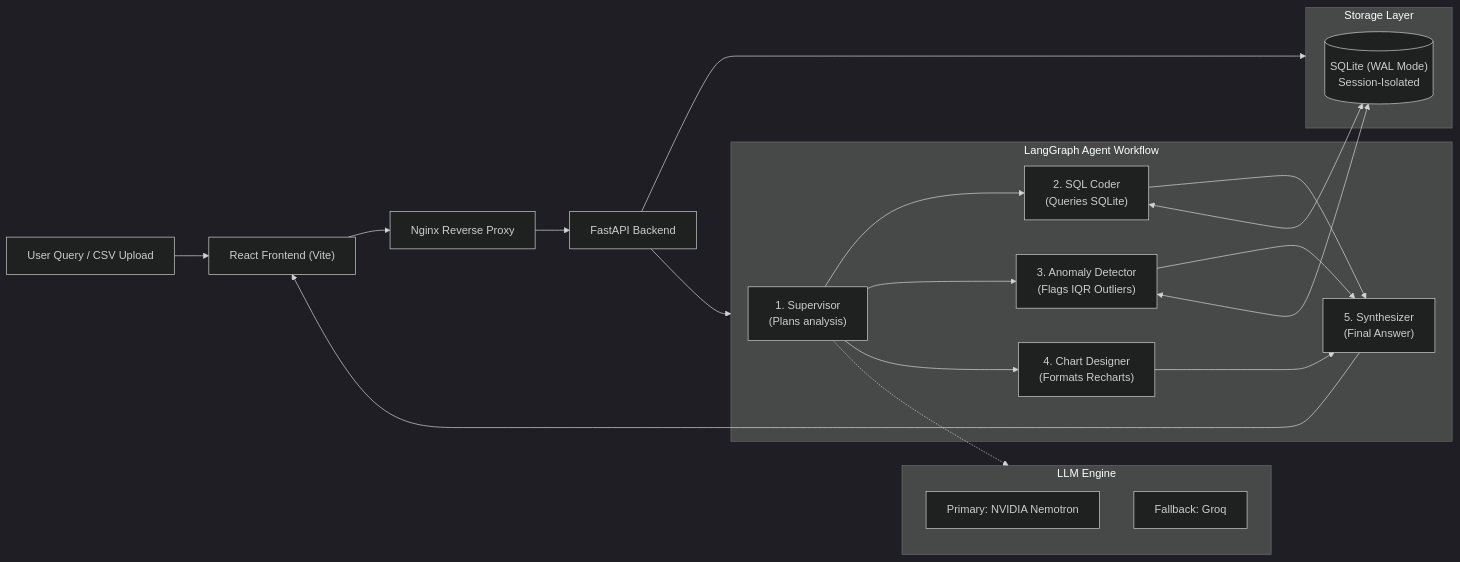
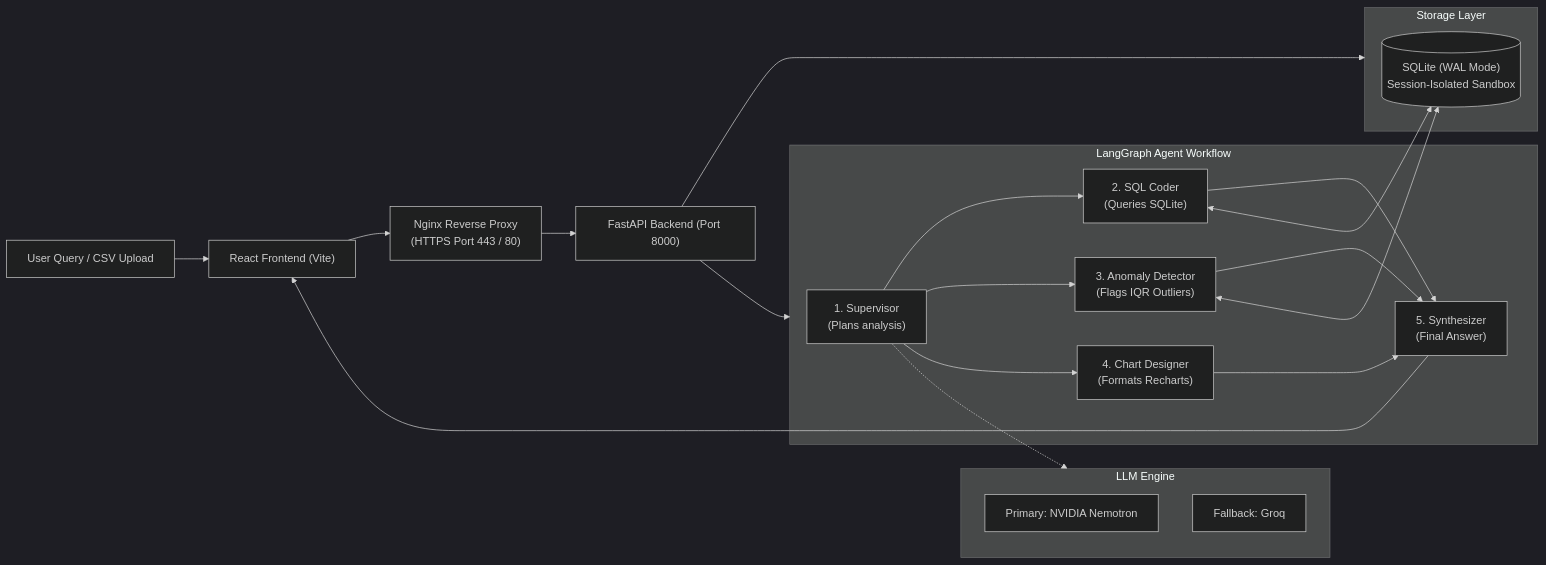
Before and after one commit to 12ATHARAV/AI-powered-Data-Analyst: the diagram in README.md, drawn with Mermaid (dark theme). The commit also changed other lines of this file, not shown here.

````diff
--- a/README.md
+++ b/README.md
@@ -15,32 +24,32 @@
 ```mermaid
 flowchart LR
     User["User Query / CSV Upload"] --> Frontend["React Frontend (Vite)"]
-    Frontend --> Nginx["Nginx Reverse Proxy"]
-    Nginx --> Backend["FastAPI Backend"]
+    Frontend --> Nginx["Nginx Reverse Proxy\n(HTTPS Port 443 / 80)"]
+    Nginx --> Backend["FastAPI Backend (Port 8000)"]
     
     subgraph Storage["Storage Layer"]
-        DB[("SQLite (WAL Mode)\nSession-Isolated")]
+        DB[("SQLite (WAL Mode)\nSession-Isolated Sandbox")]
     end
     
     subgraph Agents["LangGraph Agent Workflow"]
         Supervisor["1. Supervisor\n(Plans analysis)"]
         SQL["2. SQL Coder\n(Queries SQLite)"]
         Anomaly["3. Anomaly Detector\n(Flags IQR Outliers)"]
         Viz["4. Chart Designer\n(Formats Recharts)"]
         Synthesizer["5. Synthesizer\n(Final Answer)"]
         
         Supervisor --> SQL & Anomaly & Viz --> Synthesizer
     end
     
     subgraph LLM["LLM Engine"]
         Primary["Primary: NVIDIA Nemotron"]
         Fallback["Fallback: Groq"]
     end
     
     Backend --> Storage
     Backend --> Agents
     Supervisor -.-> LLM
     SQL <--> DB
     Anomaly <--> DB
     Synthesizer --> Frontend
 ```
````
